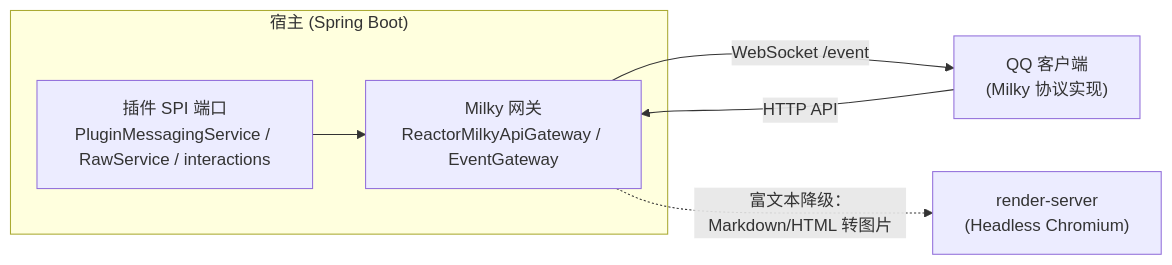
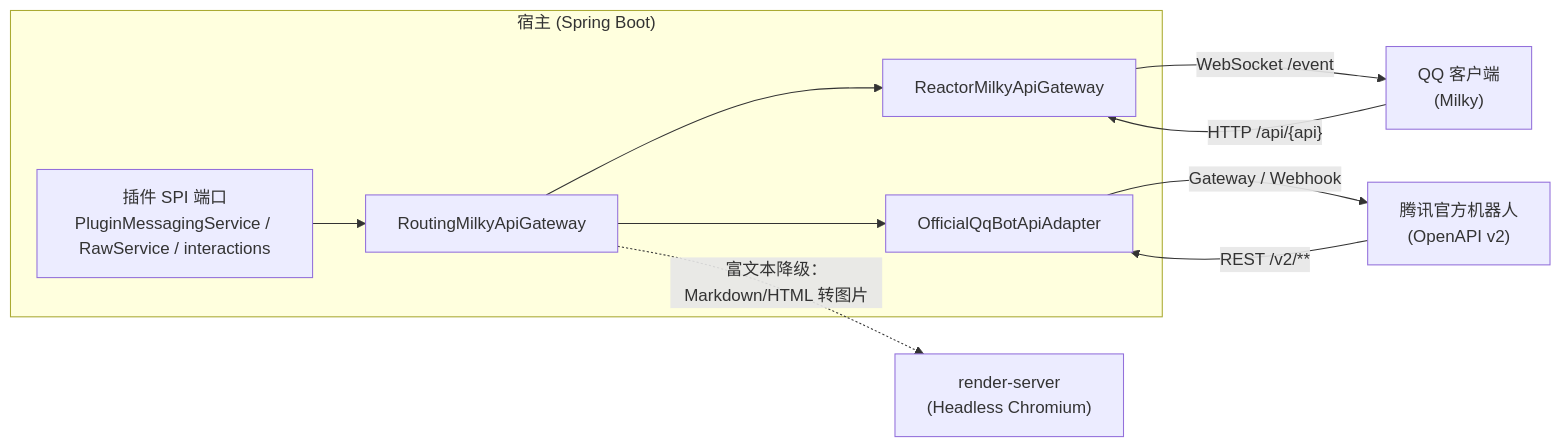
One commit to mcyudream/YuDream-Admin changed the diagram in yd-docs/docs/protocol/index.md. Above: the diagram before and after it, drawn with Mermaid. The commit also changed other lines of this file and 273 other files, not shown here.

````diff
--- a/yd-docs/docs/protocol/index.md
+++ b/yd-docs/docs/protocol/index.md
@@ -7,12 +7,18 @@
 ```mermaid
 flowchart LR
     subgraph Host["宿主 (Spring Boot)"]
         SPI["插件 SPI 端口<br/>PluginMessagingService / RawService / interactions"]
-        GW["Milky 网关<br/>ReactorMilkyApiGateway / EventGateway"]
+        R["RoutingMilkyApiGateway"]
+        M["ReactorMilkyApiGateway"]
+        O["OfficialQqBotApiAdapter"]
     end
-    QQ["QQ 客户端<br/>(Milky 协议实现)"] -- "HTTP API" --> GW
-    GW -- "WebSocket /event" --> QQ
+    QQ1["QQ 客户端<br/>(Milky)"] -- "HTTP /api/{api}" --> M
+    M -- "WebSocket /event" --> QQ1
+    QQ2["腾讯官方机器人<br/>(OpenAPI v2)"] -- "REST /v2/**" --> O
+    O -- "Gateway / Webhook" --> QQ2
+    SPI --> R
+    R --> M
+    R --> O
     RS["render-server<br/>(Headless Chromium)"]
-    GW -. "富文本降级：Markdown/HTML 转图片" .-> RS
-    SPI --> GW
+    R -. "富文本降级：Markdown/HTML 转图片" .-> RS
 ```
````
